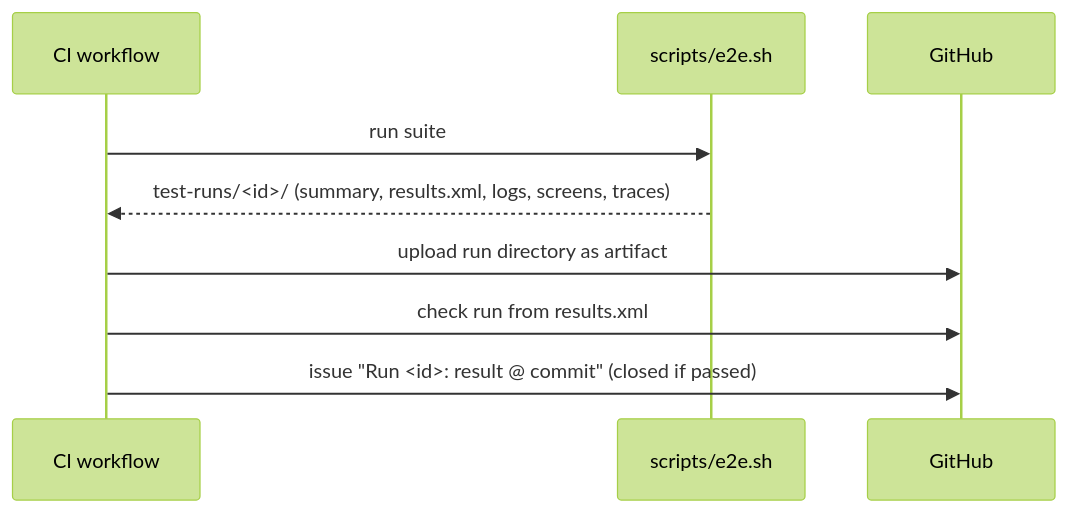
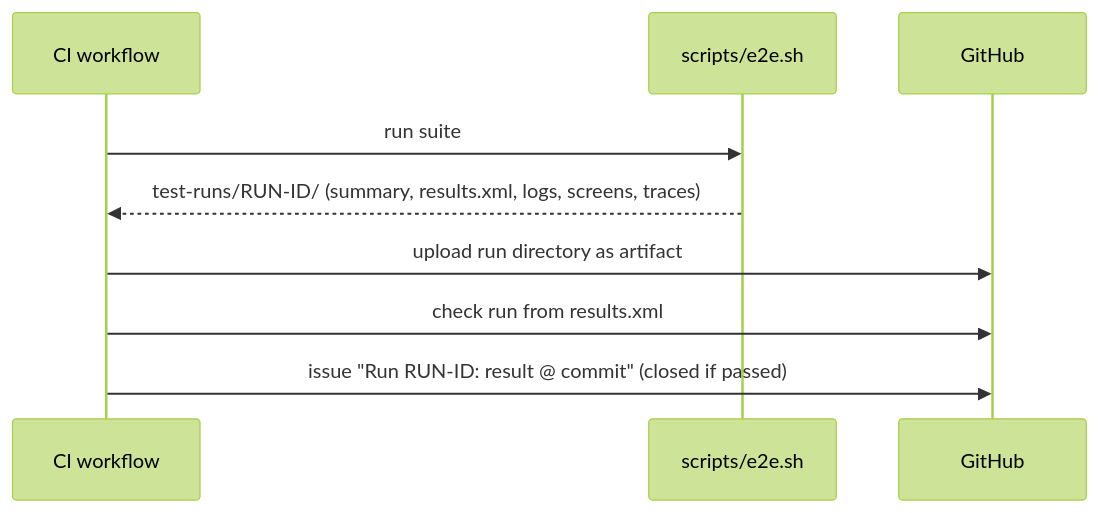
The second of 2 diagrams in docs/testing.md (notmarkopadjen/muxway-glasses-even), drawn with Mermaid (forest theme) before and after one commit. The commit also changed other lines of this file and 6 other files, not shown here.

````diff
--- a/docs/testing.md
+++ b/docs/testing.md
@@ -82,11 +96,11 @@
 ```mermaid
 sequenceDiagram
     participant CI as CI workflow
     participant E as scripts/e2e.sh
     participant GH as GitHub
     CI->>E: run suite
-    E-->>CI: test-runs/<id>/ (summary, results.xml, logs, screens, traces)
+    E-->>CI: test-runs/RUN-ID/ (summary, results.xml, logs, screens, traces)
     CI->>GH: upload run directory as artifact
     CI->>GH: check run from results.xml
-    CI->>GH: issue "Run <id>: result @ commit" (closed if passed)
+    CI->>GH: issue "Run RUN-ID: result @ commit" (closed if passed)
 ```
````
